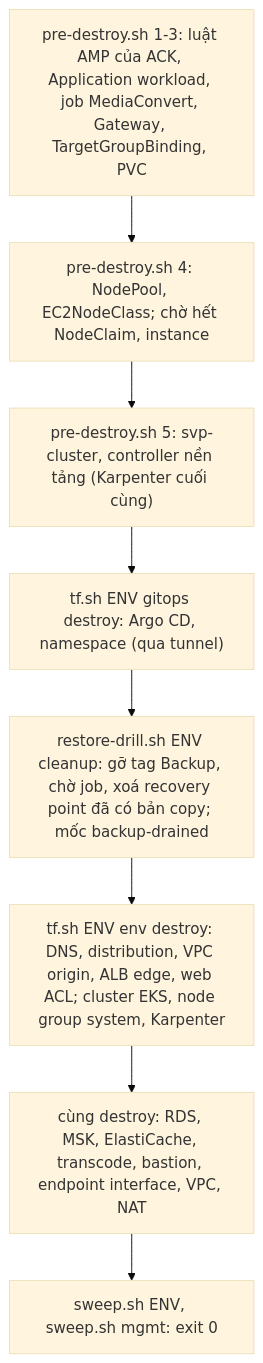
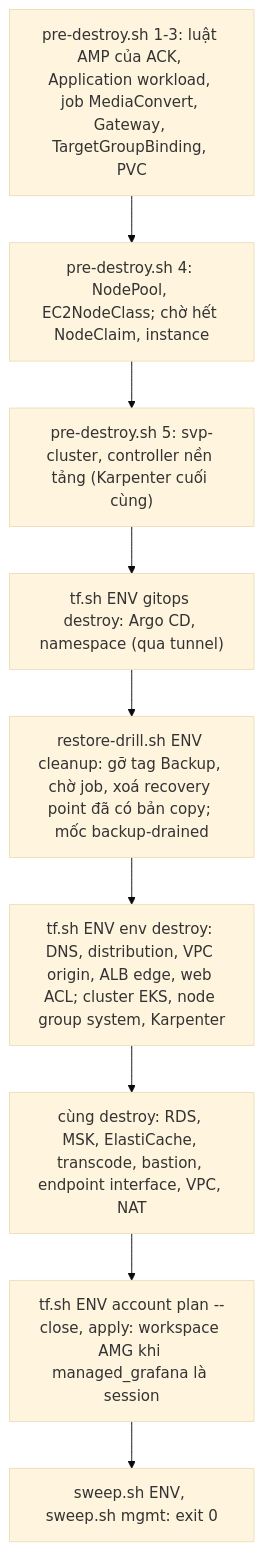
One commit to anhnvcoder/svp-infra changed the sixth of 6 diagrams in README.md. Above: the diagram before and after it, drawn with Mermaid (base theme). The commit also changed other lines of this file and 62 other files, not shown here.

````diff
--- a/README.md
+++ b/README.md
@@ -458,10 +478,11 @@
 ```mermaid
 flowchart TD
     A["pre-destroy.sh 1-3: luật AMP của ACK, Application workload, job MediaConvert, Gateway, TargetGroupBinding, PVC"] --> B["pre-destroy.sh 4: NodePool, EC2NodeClass; chờ hết NodeClaim, instance"]
     B --> C["pre-destroy.sh 5: svp-cluster, controller nền tảng (Karpenter cuối cùng)"]
     C --> D["tf.sh ENV gitops destroy: Argo CD, namespace (qua tunnel)"]
     D --> X["restore-drill.sh ENV cleanup: gỡ tag Backup, chờ job, xoá recovery point đã có bản copy; mốc backup-drained"]
     X --> E["tf.sh ENV env destroy: DNS, distribution, VPC origin, ALB edge, web ACL; cluster EKS, node group system, Karpenter"]
     E --> F["cùng destroy: RDS, MSK, ElastiCache, transcode, bastion, endpoint interface, VPC, NAT"]
-    F --> G["sweep.sh ENV, sweep.sh mgmt: exit 0"]
+    F --> H["tf.sh ENV account plan --close, apply: workspace AMG khi managed_grafana là session"]
+    H --> G["sweep.sh ENV, sweep.sh mgmt: exit 0"]
 ```
````
